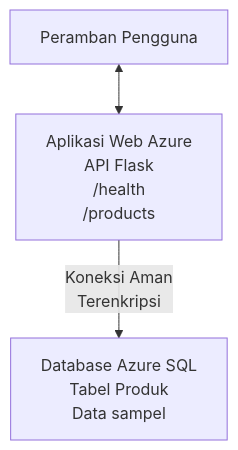
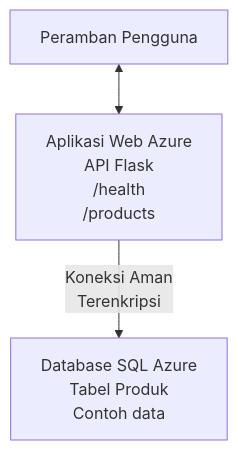
Before and after one commit to microsoft/AZD-for-beginners: the diagram in translations/id/examples/database-app/README.md, drawn with Mermaid. The commit also changed other lines of this file and 101 other files, not shown here.

````diff
--- a/translations/id/examples/database-app/README.md
+++ b/translations/id/examples/database-app/README.md
@@ -72,5 +72,5 @@
 ```mermaid
 graph TD
     Browser[Peramban Pengguna] <--> WebApp[Aplikasi Web Azure<br/>API Flask<br/>/health<br/>/products]
-    WebApp -- Koneksi Aman<br/>Terenkripsi --> SQL[Database Azure SQL<br/>Tabel Produk<br/>Data sampel]
+    WebApp -- Koneksi Aman<br/>Terenkripsi --> SQL[Database SQL Azure<br/>Tabel Produk<br/>Contoh data]
 ```
````
